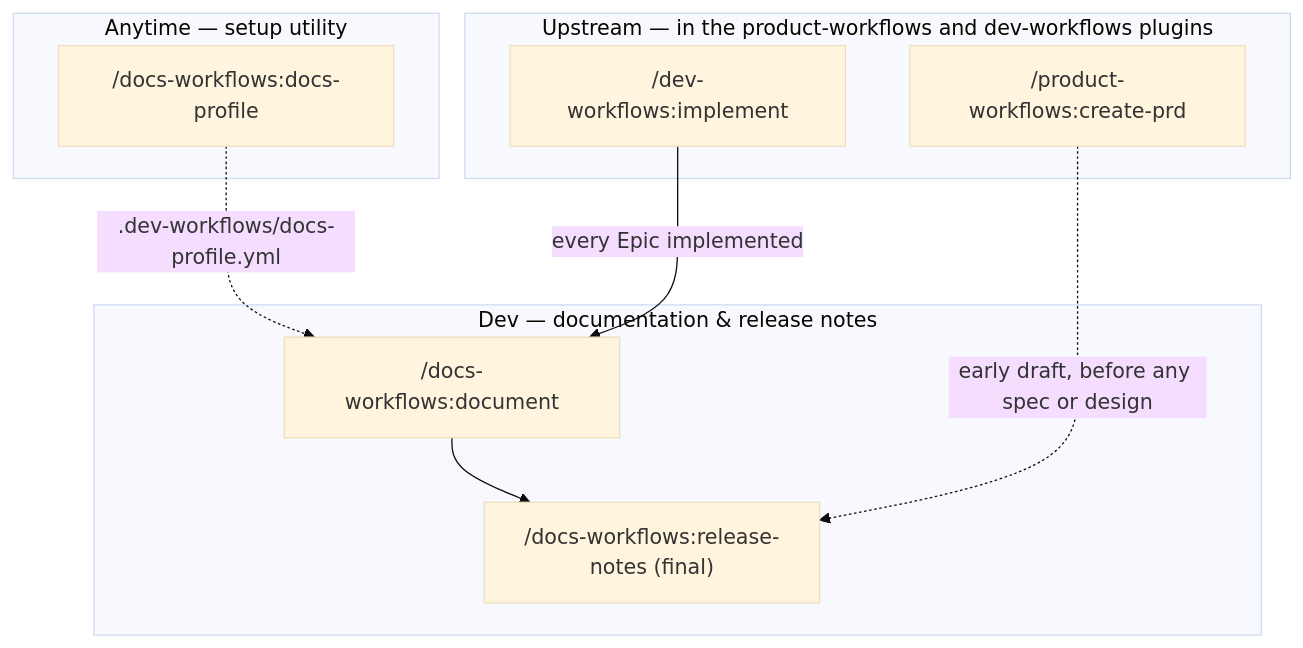
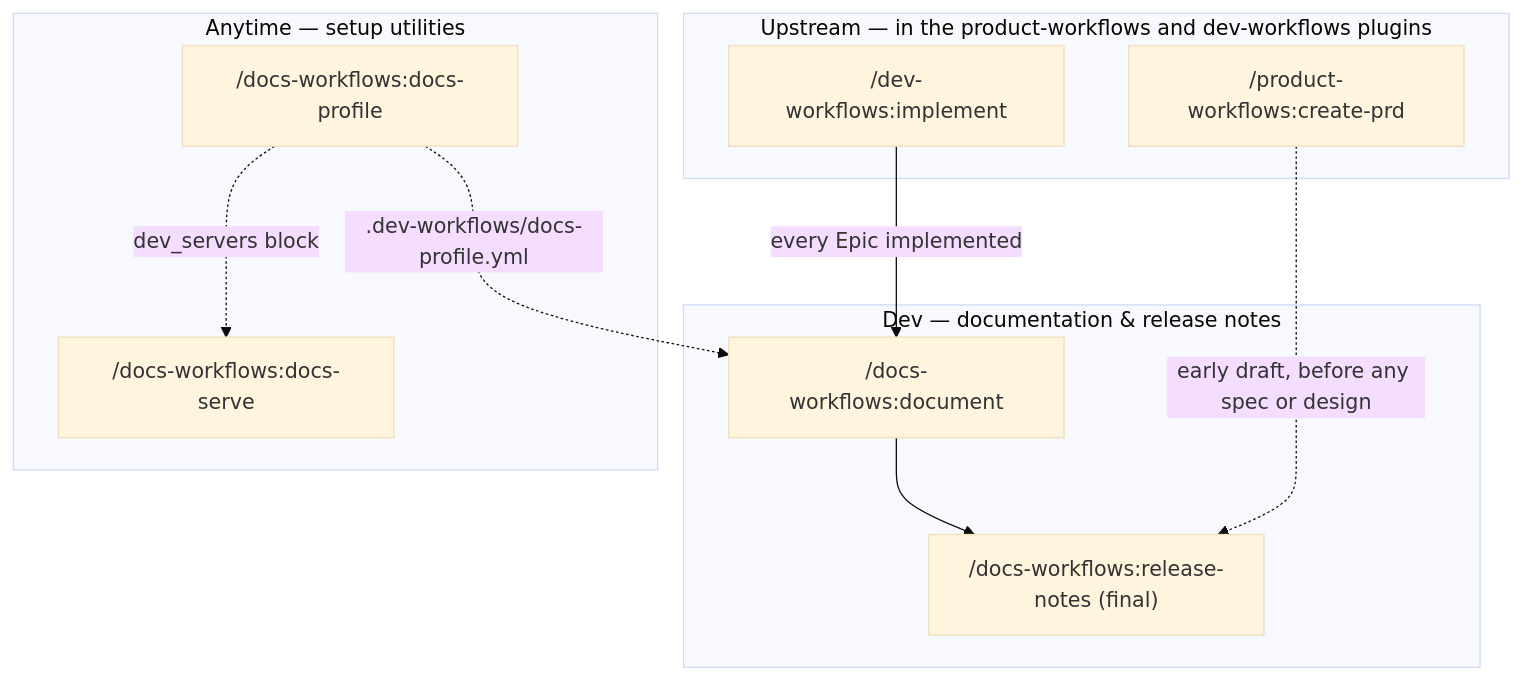
Before and after one commit to ihudak/ihudak-claude-plugins: the diagram in plugins/docs-workflows/docs/workflow.md, drawn with Mermaid (base theme). The commit also changed other lines of this file and 6 other files, not shown here.

First line of the commit message:
feat(docs-workflows): /docs-serve — run the docs site from any profiled repo

````diff
--- a/plugins/docs-workflows/docs/workflow.md
+++ b/plugins/docs-workflows/docs/workflow.md
@@ -5,19 +5,21 @@
 ```mermaid
 flowchart TD
     subgraph UP["Upstream — in the product-workflows and dev-workflows plugins"]
         implement["/dev-workflows:implement"]
         createprd["/product-workflows:create-prd"]
     end
     subgraph DOCS["Dev — documentation & release notes"]
         document["/docs-workflows:document"]
         rndev["/docs-workflows:release-notes (final)"]
         document --> rndev
     end
-    subgraph SETUP["Anytime — setup utility"]
+    subgraph SETUP["Anytime — setup utilities"]
         profile["/docs-workflows:docs-profile"]
+        docsserve["/docs-workflows:docs-serve"]
     end
 
     implement -->|every Epic implemented| document
     createprd -.->|early draft, before any spec or design| rndev
     profile -.->|.dev-workflows/docs-profile.yml| document
+    profile -.->|dev_servers block| docsserve
 ```
````
